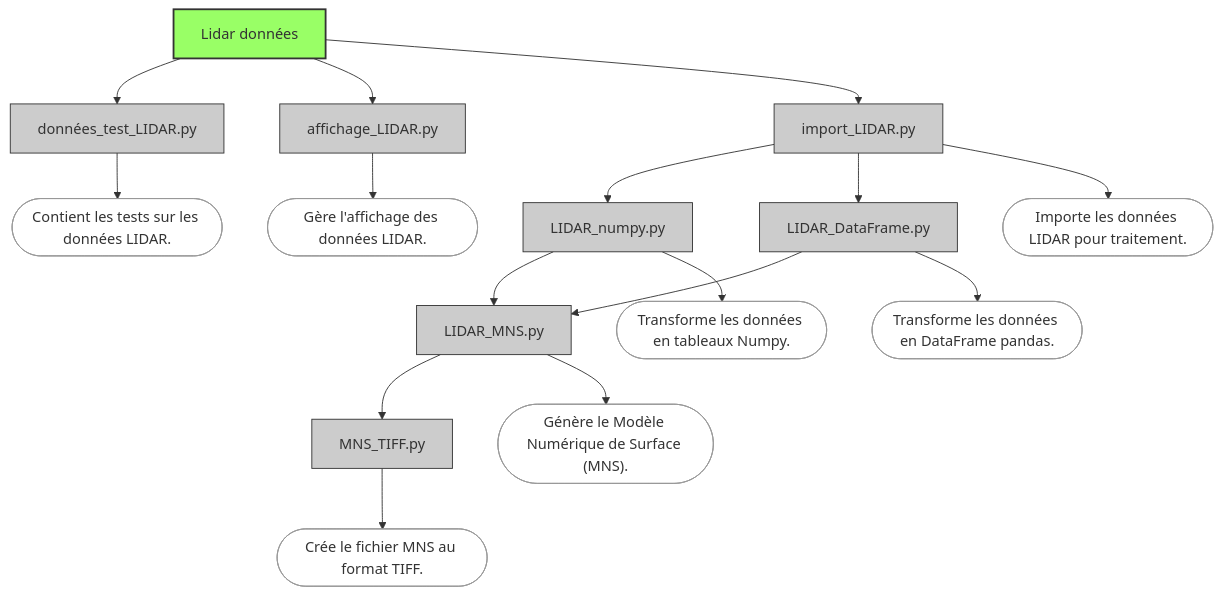
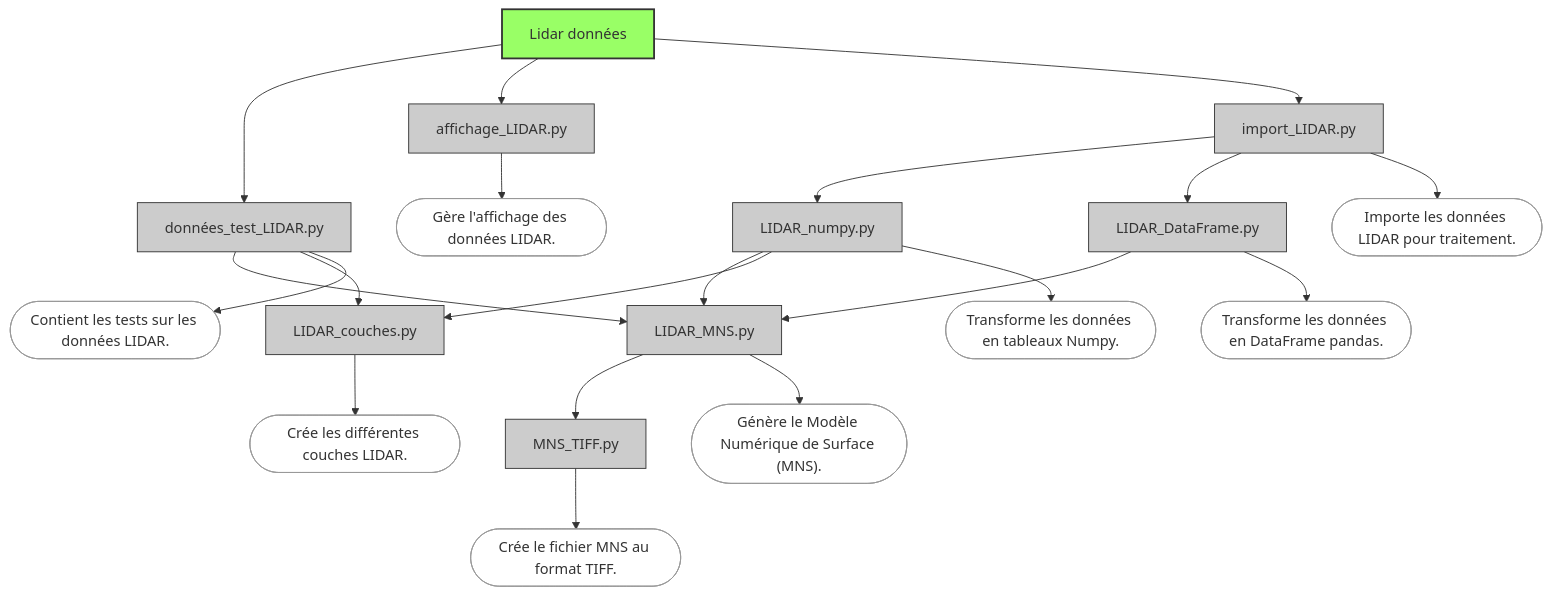
The diagram in Workflow.md (DanQue69/LEGO_Master), drawn with Mermaid before and after one commit.

````diff
--- a/Workflow.md
+++ b/Workflow.md
@@ -1,54 +1,64 @@
 ```mermaid
 graph TD;
 
     %% Nœuds principaux
     A[Lidar données] --> B[données_test_LIDAR.py]
     A --> C[affichage_LIDAR.py]
     A --> D[import_LIDAR.py]
 
     D --> E[LIDAR_numpy.py]
     D --> F[LIDAR_DataFrame.py]
 
-    E --> G[LIDAR_MNS.py]
+    B --> G[LIDAR_MNS.py]
+    E --> G
     F --> G
+
+    B --> I[LIDAR_couches.py]
+    E --> I
 
     G --> H[MNS_TIFF.py]
 
     %% Notes explicatives
     B_note(["Contient les tests sur les données LIDAR."])
     C_note(["Gère l'affichage des données LIDAR."])
     D_note(["Importe les données LIDAR pour traitement."])
     E_note(["Transforme les données en tableaux Numpy."])
     F_note(["Transforme les données en DataFrame pandas."])
     G_note(["Génère le Modèle Numérique de Surface (MNS)."])
     H_note(["Crée le fichier MNS au format TIFF."])
+    I_note(["Crée les différentes couches LIDAR."])
 
     %% Connexion notes
     B --> B_note
     C --> C_note
     D --> D_note
     E --> E_note
     F --> F_note
     G --> G_note
     H --> H_note
+    I --> I_note
 
     %% Styles des couleurs
     style A fill:#9f6,stroke:#333,stroke-width:2px
     style B fill:#ccc,stroke:#333,stroke-width:1px
     style C fill:#ccc,stroke:#333,stroke-width:1px
     style D fill:#ccc,stroke:#333,stroke-width:1px
     style E fill:#ccc,stroke:#333,stroke-width:1px
     style F fill:#ccc,stroke:#333,stroke-width:1px
     style G fill:#ccc,stroke:#333,stroke-width:1px
     style H fill:#ccc,stroke:#333,stroke-width:1px
+    style I fill:#ccc,stroke:#333,stroke-width:1px
+
     style B_note fill:#fff,stroke:#999,stroke-width:1px
     style C_note fill:#fff,stroke:#999,stroke-width:1px
     style D_note fill:#fff,stroke:#999,stroke-width:1px
     style E_note fill:#fff,stroke:#999,stroke-width:1px
     style F_note fill:#fff,stroke:#999,stroke-width:1px
     style G_note fill:#fff,stroke:#999,stroke-width:1px
     style H_note fill:#fff,stroke:#999,stroke-width:1px
+    style I_note fill:#fff,stroke:#999,stroke-width:1px
+
 
 
     
 ```
````
